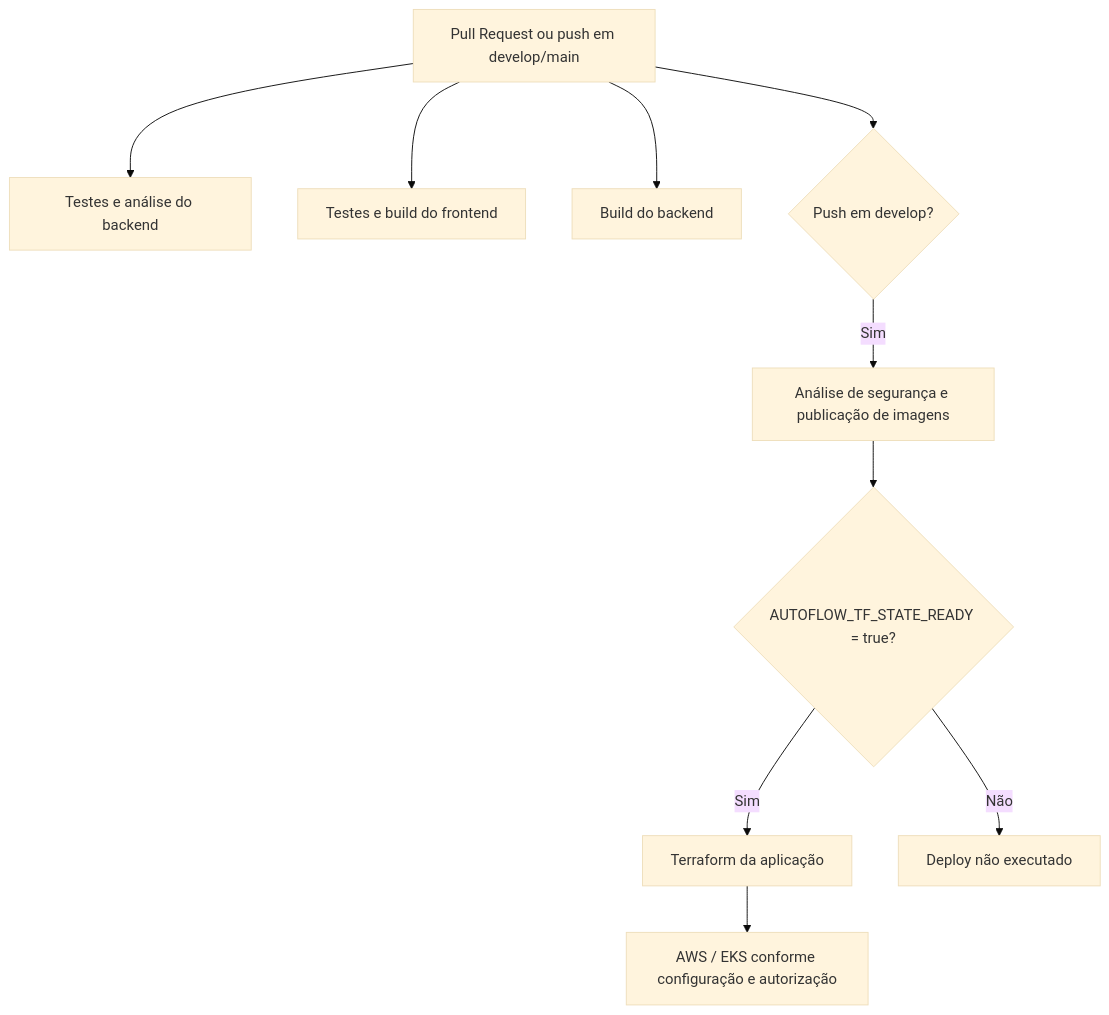
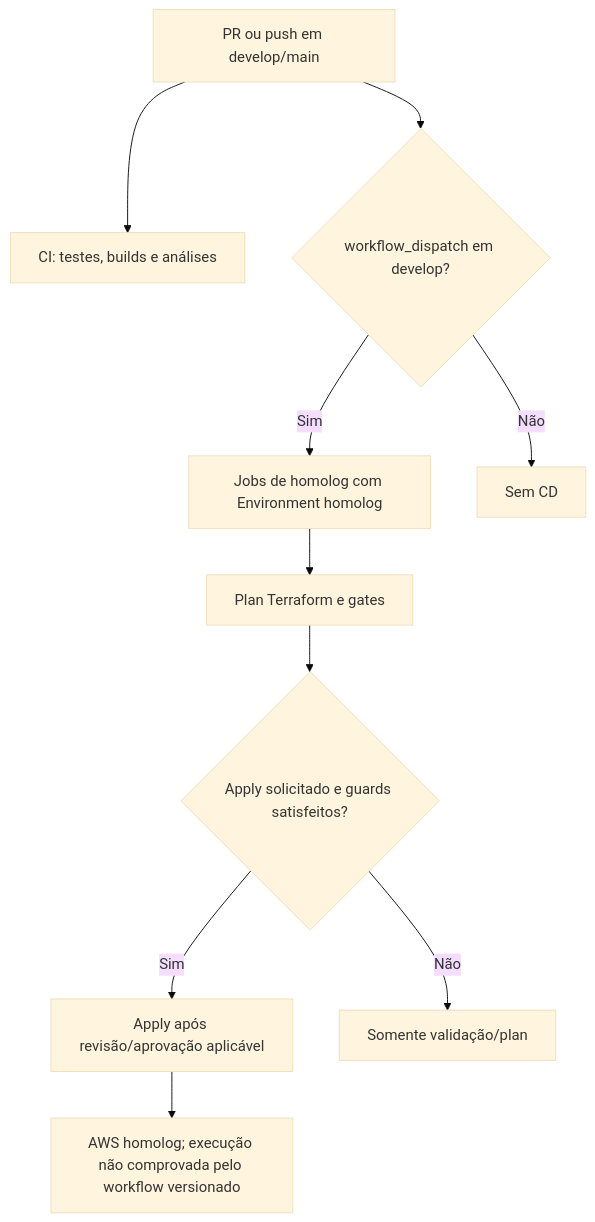
One commit to BrunoSousa06/autoflow changed the first of 2 diagrams in README.md. Above: the diagram before and after it, drawn with Mermaid (base theme). The commit also changed other lines of this file and 5 other files, not shown here.

````diff
--- a/README.md
+++ b/README.md
@@ -207,12 +211,12 @@
 ```mermaid
 flowchart TD
-  A[Pull Request ou push em develop/main] --> B[Testes e análise do backend]
-  A --> C[Testes e build do frontend]
-  A --> D[Build do backend]
-  A --> E{Push em develop?}
-  E -->|Sim| F[Análise de segurança e publicação de imagens]
-  F --> G{AUTOFLOW_TF_STATE_READY = true?}
-  G -->|Sim| H[Terraform da aplicação]
-  G -->|Não| I[Deploy não executado]
-  H --> J[AWS / EKS conforme configuração e autorização]
+  A[PR ou push em develop/main] --> B[CI: testes, builds e análises]
+  A --> E{workflow_dispatch em develop?}
+  E -->|Sim| F[Jobs de homolog com Environment homolog]
+  F --> G[Plan Terraform e gates]
+  G --> H{Apply solicitado e guards satisfeitos?}
+  H -->|Sim| I[Apply após revisão/aprovação aplicável]
+  H -->|Não| J[Somente validação/plan]
+  I --> K[AWS homolog; execução não comprovada pelo workflow versionado]
+  E -->|Não| L[Sem CD]
 ```
````
